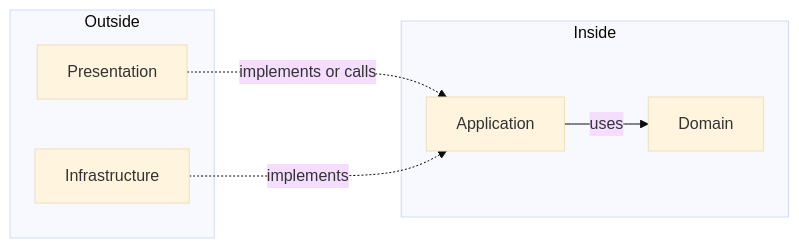
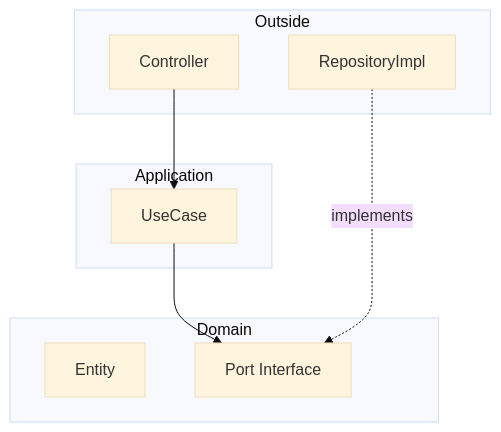
One commit to Kandriws/nestjs-hexagonal-auth changed the second of 2 diagrams in docs/hexagonal-architecture.md. Above: the diagram before and after it, drawn with Mermaid. The commit also changed other lines of this file, not shown here.

Commit message:
refactor: update Hexagonal Architecture Handbook for clarity and structure

````diff
--- a/docs/hexagonal-architecture.md
+++ b/docs/hexagonal-architecture.md
@@ -95,16 +80,19 @@
 ```mermaid
 %%{init:{'theme':'base'}}%%
-flowchart LR
+flowchart TD
     subgraph Outside
-        P[Presentation]
-        I[Infrastructure]
+        Controller[Controller]
+        RepoImpl[RepositoryImpl]
     end
-    subgraph Inside
-        A[Application]
-        D[Domain]
+    subgraph Application
+        UseCase[UseCase]
+    end
+    subgraph Domain
+        Entity[Entity]
+        Port[Port Interface]
     end
 
-    P -.->|implements or calls| A
-    I -.->|implements| A
-    A -->|uses| D
+    Controller --> UseCase
+    UseCase --> Port
+    RepoImpl -.->|implements| Port
 ```
````
